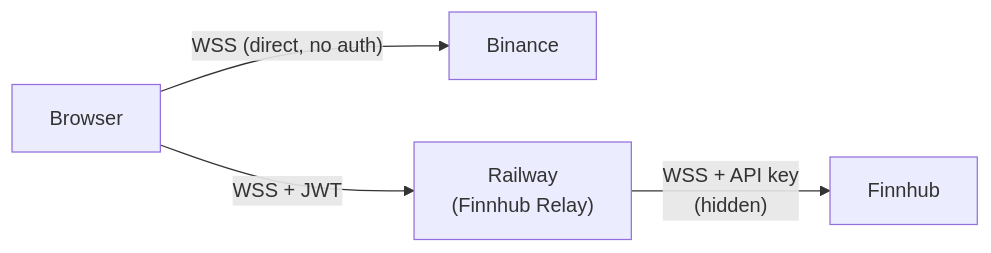
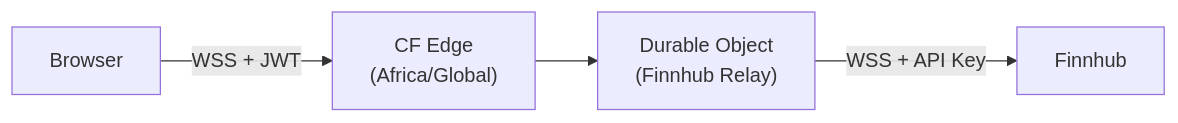
One commit to patrickmvla/owl changed the second of 8 diagrams in docs/adrs/003-websocket-hosting.md. Above: the diagram before and after it, drawn with Mermaid. The commit also changed other lines of this file and 1 other file, not shown here.

First line of the commit message:
docs: select Cloudflare Durable Objects for Finnhub relay

````diff
--- a/docs/adrs/003-websocket-hosting.md
+++ b/docs/adrs/003-websocket-hosting.md
@@ -126,6 +83,6 @@
 ```mermaid
 graph LR
-    B["Browser"] -->|"WSS (direct, no auth)"| BN["Binance"]
-    B -->|"WSS + JWT"| R["Railway<br/>(Finnhub Relay)"]
-    R -->|"WSS + API key<br/>(hidden)"| FH["Finnhub"]
+    B["Browser"] -->|"WSS + JWT"| CF_EDGE["CF Edge<br/>(Africa/Global)"]
+    CF_EDGE --> DO["Durable Object<br/>(Finnhub Relay)"]
+    DO -->|"WSS + API Key"| FH["Finnhub"]
 ```
````
